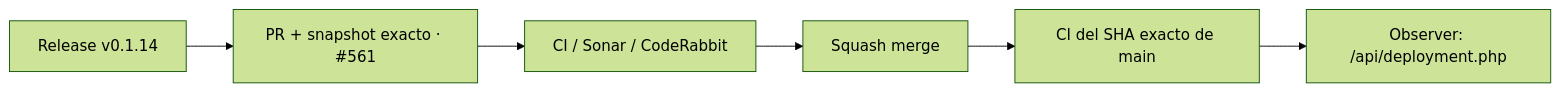
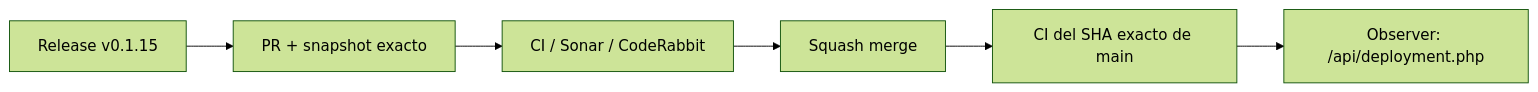
The diagram in README.md (pl0n3r/brvtal), drawn with Mermaid (forest theme) before and after one commit. The commit also changed other lines of this file and 5 other files, not shown here.

````diff
--- a/README.md
+++ b/README.md
@@ -48,8 +48,8 @@
 ```mermaid
 flowchart LR
- A["Release v0.1.14"] --> P["PR + snapshot exacto · #561"]
+ A["Release v0.1.15"] --> P["PR + snapshot exacto"]
  P --> Q["CI / Sonar / CodeRabbit"]
  Q --> M["Squash merge"]
  M --> X["CI del SHA exacto de main"]
  X --> O["Observer: /api/deployment.php"]
 ```
````
